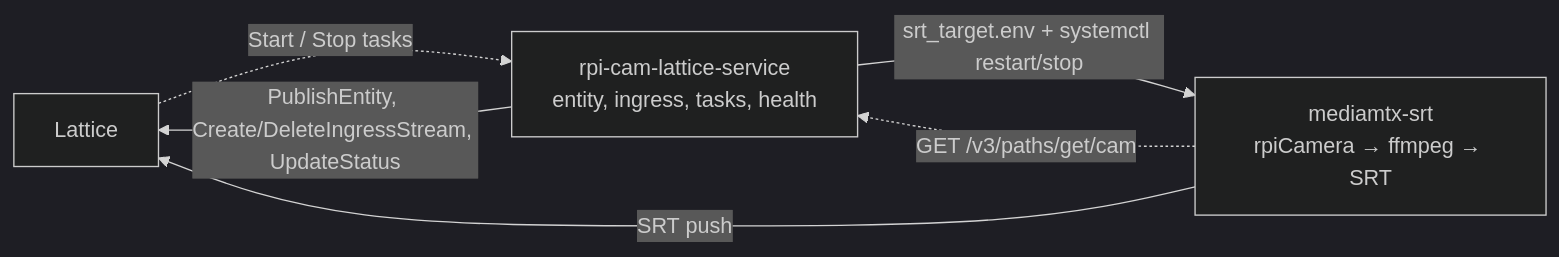
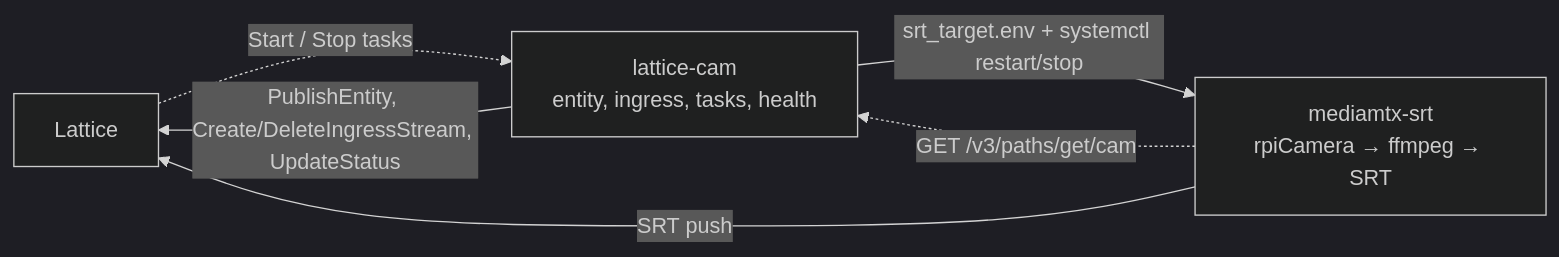
One commit to arminfard/rpi-cam-lattice-service changed the diagram in README.md. Above: the diagram before and after it, drawn with Mermaid (dark theme). The commit also changed other lines of this file and 16 other files, not shown here.

````diff
--- a/README.md
+++ b/README.md
@@ -12,11 +12,11 @@
 ```mermaid
 flowchart LR
     lattice["Lattice"]
-    daemon["rpi-cam-lattice-service<br/>entity, ingress, tasks, health"]
+    daemon["lattice-cam<br/>entity, ingress, tasks, health"]
     mtx["mediamtx-srt<br/>rpiCamera → ffmpeg → SRT"]
     daemon -->|"PublishEntity, Create/DeleteIngressStream, UpdateStatus"| lattice
     lattice -.->|"Start / Stop tasks"| daemon
     daemon -->|"srt_target.env + systemctl restart/stop"| mtx
     mtx -.->|"GET /v3/paths/get/cam"| daemon
     mtx -->|"SRT push"| lattice
 ```
````
